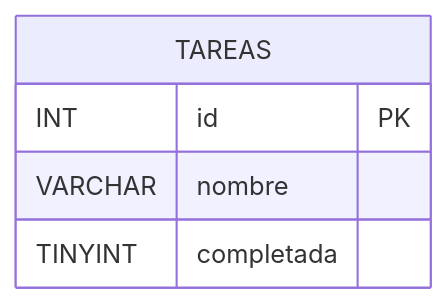
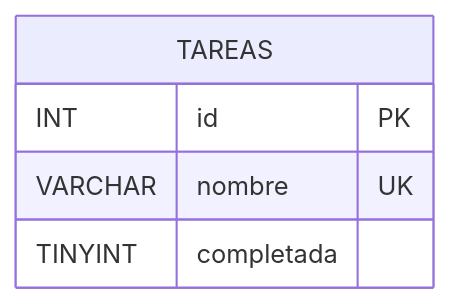
Before and after one commit to 8aitfolder/tup-programacion-IV-2026-tp2: the diagram in Ochoa, Leonel Maximo/Ejercicio 2/README.md, drawn with Mermaid. The commit also changed 8 other files, not shown here.

````diff
--- a/Ochoa, Leonel Maximo/Ejercicio 2/README.md
+++ b/Ochoa, Leonel Maximo/Ejercicio 2/README.md
@@ -41,8 +41,8 @@
 ```mermaid
 erDiagram
   TAREAS {
     INT id PK
-    VARCHAR nombre
+    VARCHAR nombre UK
     TINYINT completada
   }
 ```
````
